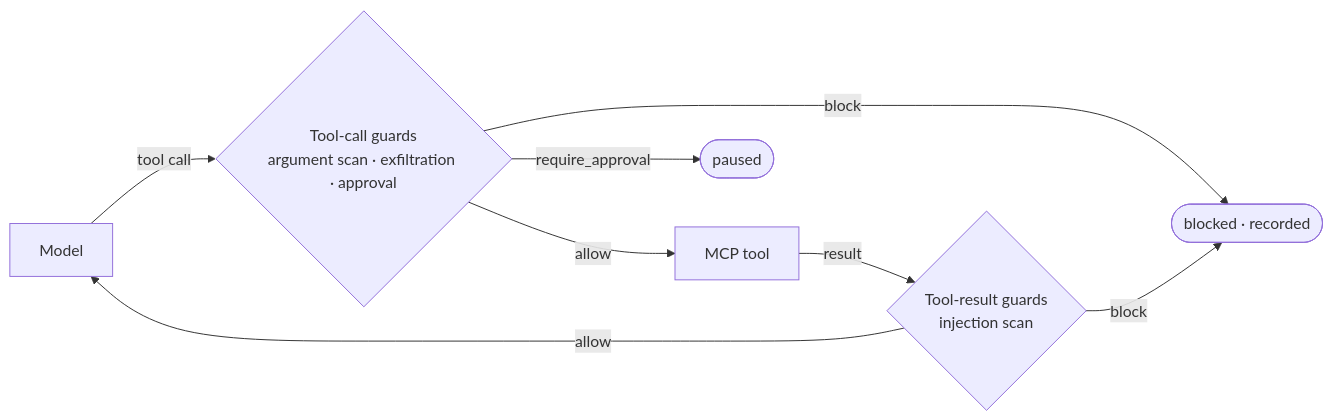
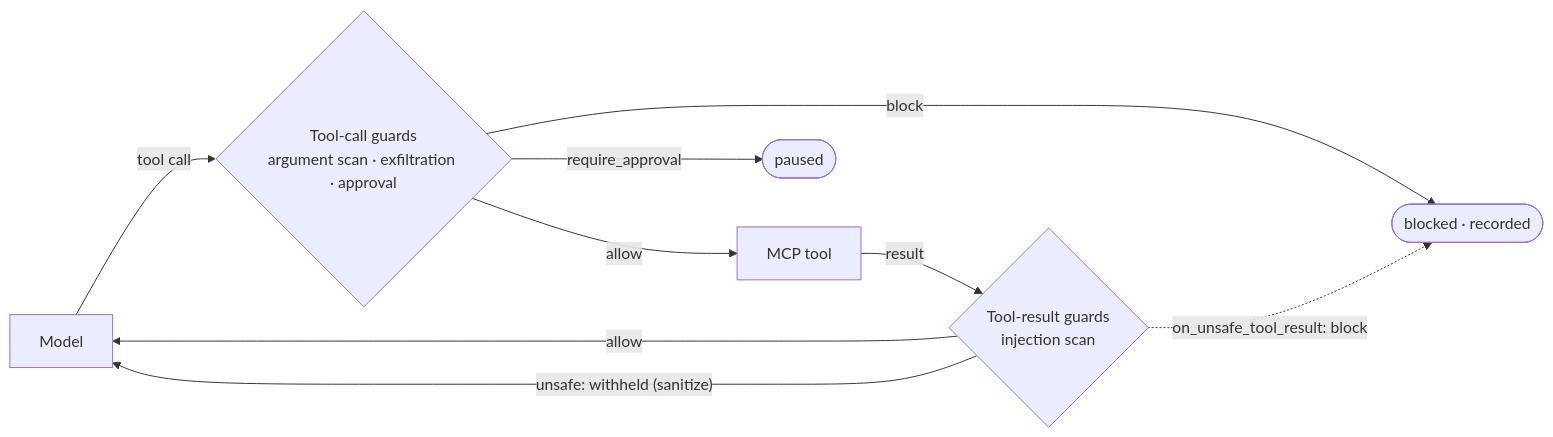
The diagram in docs/guide/tool-governance.md (e-choness/aegis), drawn with Mermaid before and after one commit. The commit also changed other lines of this file and 47 other files, not shown here.

````diff
--- a/docs/guide/tool-governance.md
+++ b/docs/guide/tool-governance.md
@@ -7,10 +7,11 @@
 ```mermaid
 flowchart LR
     LLM[Model] -- tool call --> TCG{Tool-call guards<br/>argument scan · exfiltration · approval}
     TCG -- allow --> TOOL[MCP tool]
     TCG -- block --> STOP([blocked · recorded])
     TCG -- require_approval --> HOLD([paused])
     TOOL -- result --> TRG{Tool-result guards<br/>injection scan}
     TRG -- allow --> LLM
-    TRG -- block --> STOP
+    TRG -- unsafe: withheld (sanitize) --> LLM
+    TRG -. on_unsafe_tool_result: block .-> STOP
 ```
````
